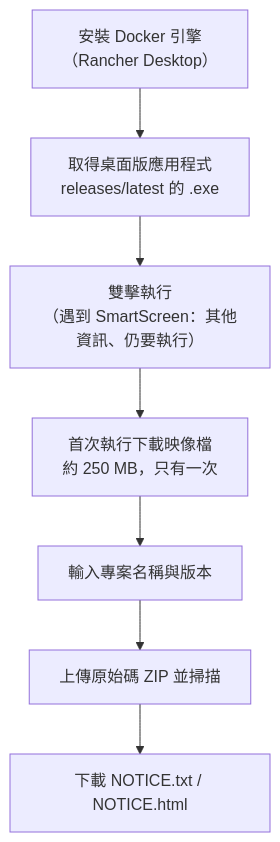
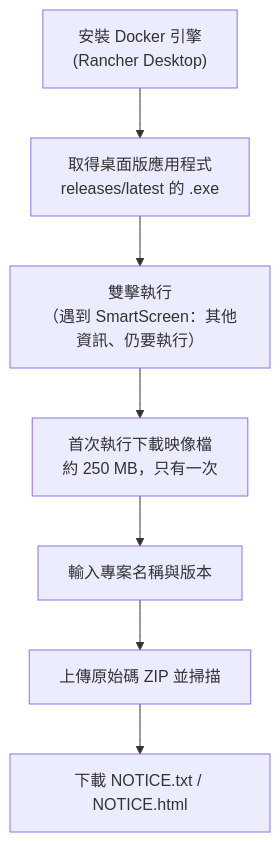
The diagram in docs/start/no-cli.zh-TW.md (yanyiyi/bomlens-tw), drawn with Mermaid before and after one commit. The commit also changed other lines of this file and 36 other files, not shown here.

````diff
--- a/docs/start/no-cli.zh-TW.md
+++ b/docs/start/no-cli.zh-TW.md
@@ -36,9 +36,9 @@
 ```mermaid
 flowchart TD
-    A["安裝 Docker 引擎<br/>（Rancher Desktop）"] --> B["取得桌面版應用程式<br/>releases/latest 的 .exe"]
+    A["安裝 Docker 引擎<br/>(Rancher Desktop)"] --> B["取得桌面版應用程式<br/>releases/latest 的 .exe"]
     B --> C["雙擊執行<br/>（遇到 SmartScreen：其他資訊、仍要執行）"]
     C --> D["首次執行下載映像檔<br/>約 250 MB，只有一次"]
     D --> E["輸入專案名稱與版本"]
     E --> F["上傳原始碼 ZIP 並掃描"]
     F --> G["下載 NOTICE.txt / NOTICE.html"]
 ```
````
